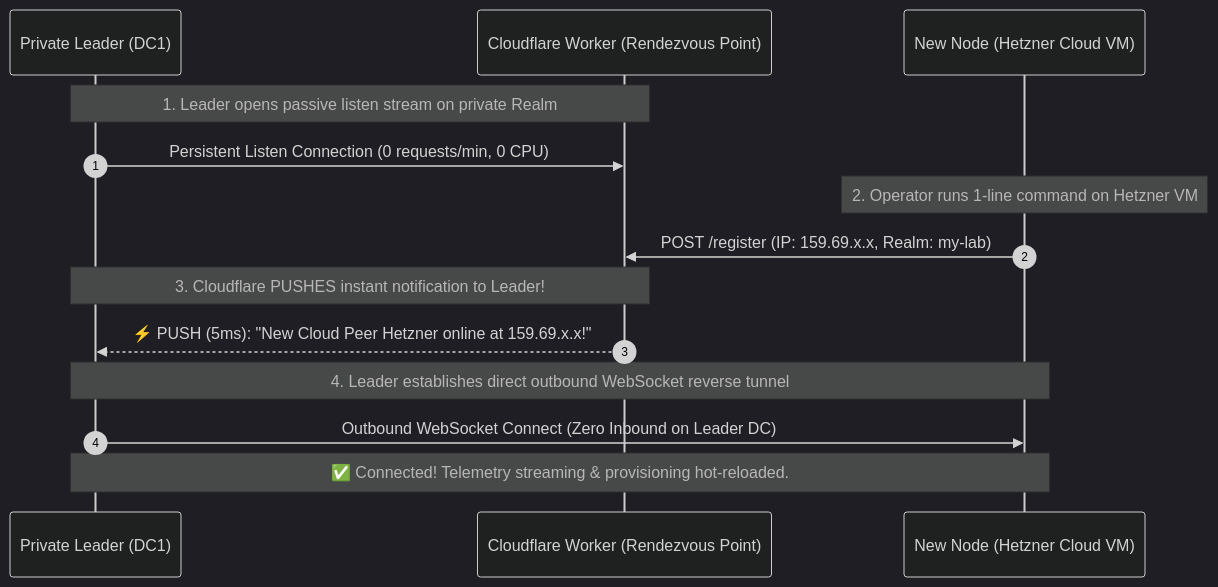
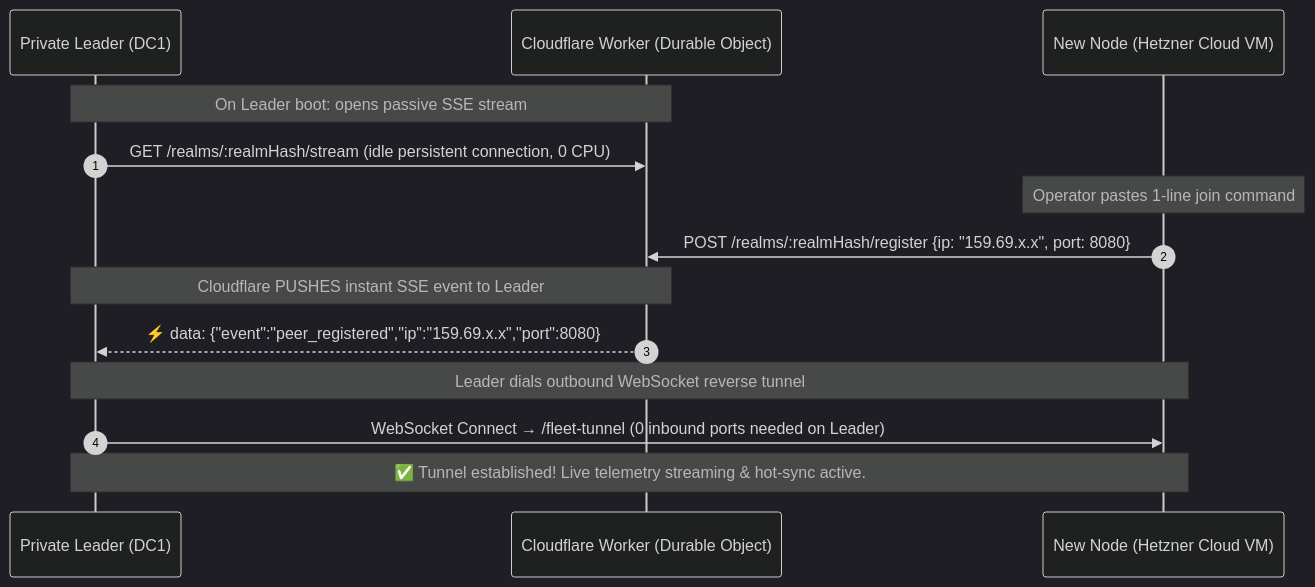
The diagram in PRD/PRD_MAGIC_JOIN_UNIVERSAL_ONBOARDING.md (jsuzanne/stigix), drawn with Mermaid (dark theme) before and after one commit. The commit also changed other lines of this file and 1 other file, not shown here.

Commit message:
docs(prd): merge Magic Join PRD v2.3 — combine remote token schema with implementation notes

````diff
--- a/PRD/PRD_MAGIC_JOIN_UNIVERSAL_ONBOARDING.md
+++ b/PRD/PRD_MAGIC_JOIN_UNIVERSAL_ONBOARDING.md
@@ -101,20 +124,20 @@
 ```mermaid
 sequenceDiagram
     autonumber
     participant DC1 as Private Leader (DC1)
-    participant CF as Cloudflare Worker (Rendezvous Point)
+    participant CF as Cloudflare Worker (Durable Object)
     participant HZ as New Node (Hetzner Cloud VM)
 
-    Note over DC1,CF: 1. Leader opens passive listen stream on private Realm
-    DC1->>CF: Persistent Listen Connection (0 requests/min, 0 CPU)
+    Note over DC1,CF: On Leader boot: opens passive SSE stream
+    DC1->>CF: GET /realms/:realmHash/stream (idle persistent connection, 0 CPU)
 
-    Note over HZ: 2. Operator runs 1-line command on Hetzner VM
-    HZ->>CF: POST /register (IP: 159.69.x.x, Realm: my-lab)
+    Note over HZ: Operator pastes 1-line join command
+    HZ->>CF: POST /realms/:realmHash/register {ip: "159.69.x.x", port: 8080}
 
-    Note over CF,DC1: 3. Cloudflare PUSHES instant notification to Leader!
-    CF-->>DC1: ⚡ PUSH (5ms): "New Cloud Peer Hetzner online at 159.69.x.x!"
+    Note over CF,DC1: Cloudflare PUSHES instant SSE event to Leader
+    CF-->>DC1: ⚡ data: {"event":"peer_registered","ip":"159.69.x.x","port":8080}
 
-    Note over DC1,HZ: 4. Leader establishes direct outbound WebSocket reverse tunnel
-    DC1->>HZ: Outbound WebSocket Connect (Zero Inbound on Leader DC)
-    Note over DC1,HZ: ✅ Connected! Telemetry streaming & provisioning hot-reloaded.
+    Note over DC1,HZ: Leader dials outbound WebSocket reverse tunnel
+    DC1->>HZ: WebSocket Connect → /fleet-tunnel (0 inbound ports needed on Leader)
+    Note over DC1,HZ: ✅ Tunnel established! Live telemetry streaming & hot-sync active.
 ```
````
